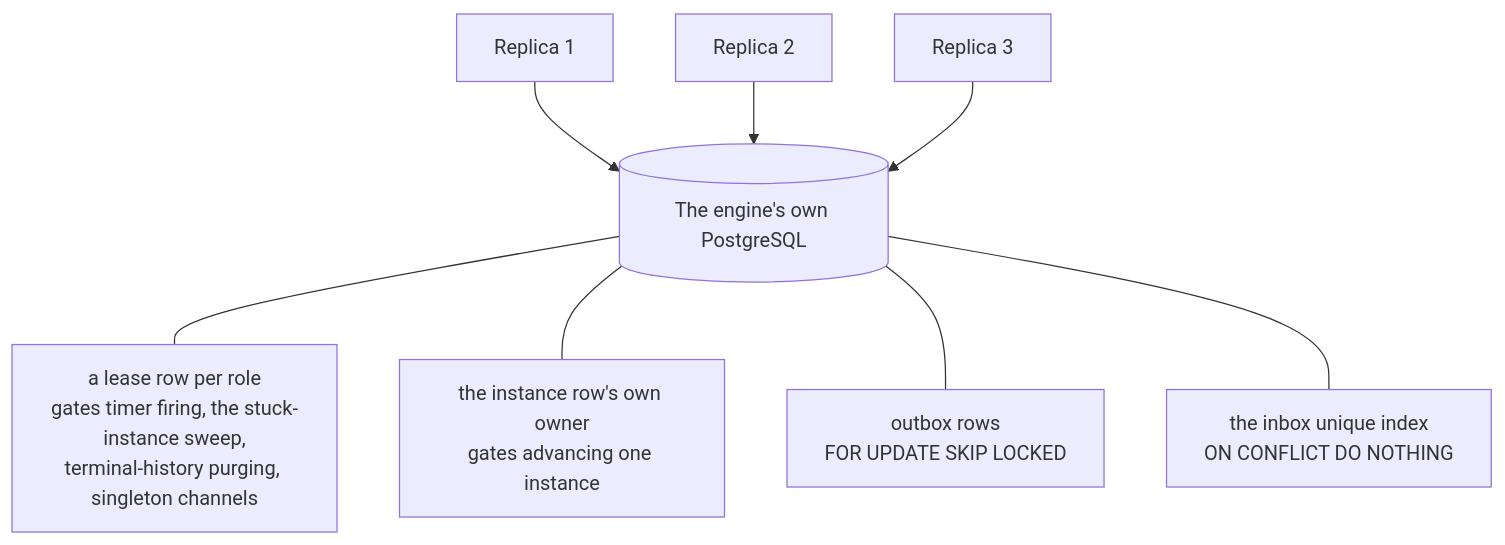
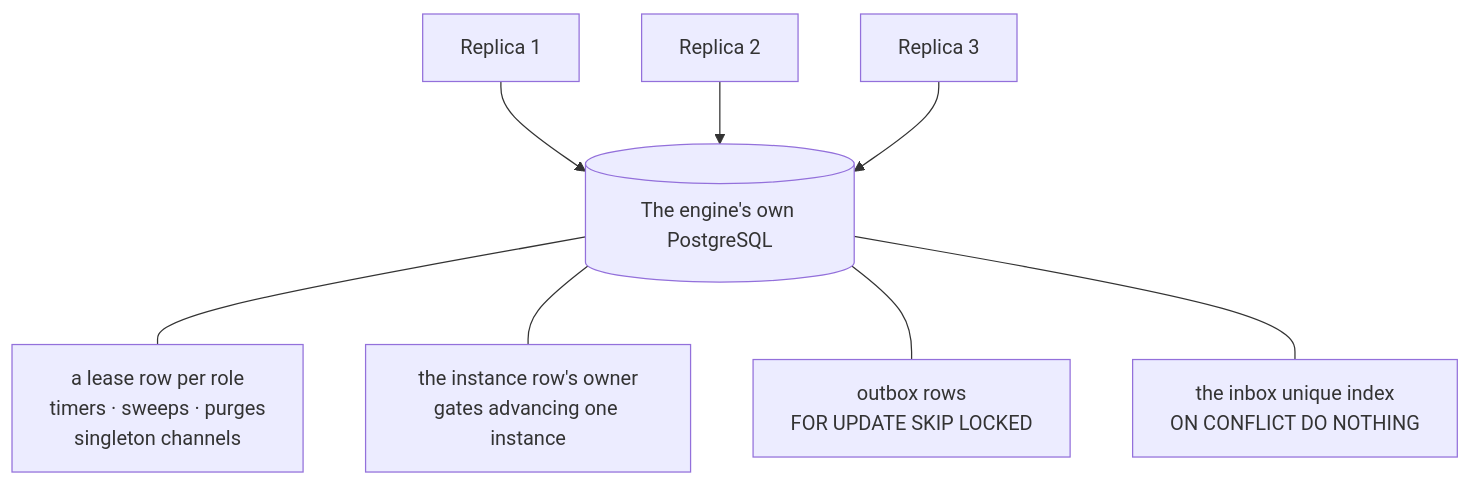
The first of 3 diagrams in docs/src/architecture/replicas.md (startr-trade/sutra), drawn with Mermaid before and after one commit. The commit also changed 18 other files, not shown here.

Commit message:
(docs) Update to the documentation diagrams

````diff
--- a/docs/src/architecture/replicas.md
+++ b/docs/src/architecture/replicas.md
@@ -17,10 +17,10 @@
 ```mermaid
 flowchart TD
     R1["Replica 1"] --> DB
     R2["Replica 2"] --> DB
     R3["Replica 3"] --> DB
-    DB[("The engine's own PostgreSQL")] --- LEASE["a lease row per role<br/>gates timer firing, the stuck-instance sweep,<br/>terminal-history purging, singleton channels"]
-    DB --- CLAIM["the instance row's own owner<br/>gates advancing one instance"]
+    DB[("The engine's own PostgreSQL")] --- LEASE["a lease row per role<br/>timers · sweeps · purges<br/>singleton channels"]
+    DB --- CLAIM["the instance row's owner<br/>gates advancing one instance"]
     DB --- OUT["outbox rows<br/>FOR UPDATE SKIP LOCKED"]
     DB --- IBX["the inbox unique index<br/>ON CONFLICT DO NOTHING"]
 ```
````
